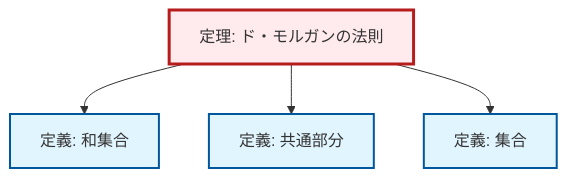
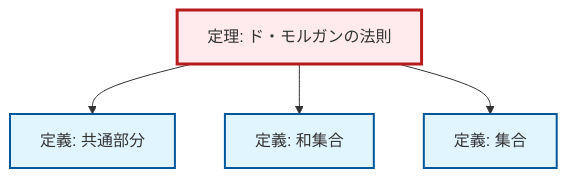
The diagram in content/ja/logic-set-theory/thm-de-morgan.qmd (RK0429/ModernMath), drawn with Mermaid before and after one commit. The commit also changed other lines of this file and 1012 other files, not shown here.

````diff
--- a/content/ja/logic-set-theory/thm-de-morgan.qmd
+++ b/content/ja/logic-set-theory/thm-de-morgan.qmd
@@ -79,20 +79,20 @@
 ```{mermaid}
 %%| fig-cap: "Local dependency graph"
 graph TD
     classDef definition fill:#e1f5fe,stroke:#01579b,stroke-width:2px
     classDef theorem fill:#f3e5f5,stroke:#4a148c,stroke-width:2px
     classDef axiom fill:#fff3e0,stroke:#e65100,stroke-width:2px
     classDef example fill:#e8f5e9,stroke:#1b5e20,stroke-width:2px
     classDef current fill:#ffebee,stroke:#b71c1c,stroke-width:3px
     def-union["定義: 和集合"]:::definition
     def-intersection["定義: 共通部分"]:::definition
     thm-de-morgan["定理: ド・モルガンの法則"]:::theorem
     def-set["定義: 集合"]:::definition
+    thm-de-morgan --> def-intersection
     thm-de-morgan --> def-union
-    thm-de-morgan --> def-intersection
     thm-de-morgan --> def-set
     class thm-de-morgan current
     click def-union "def-union.html" "和集合の定義へ"
     click def-intersection "def-intersection.html" "共通部分の定義へ"
     click def-set "def-set.html" "集合の定義へ"
 ```
````
